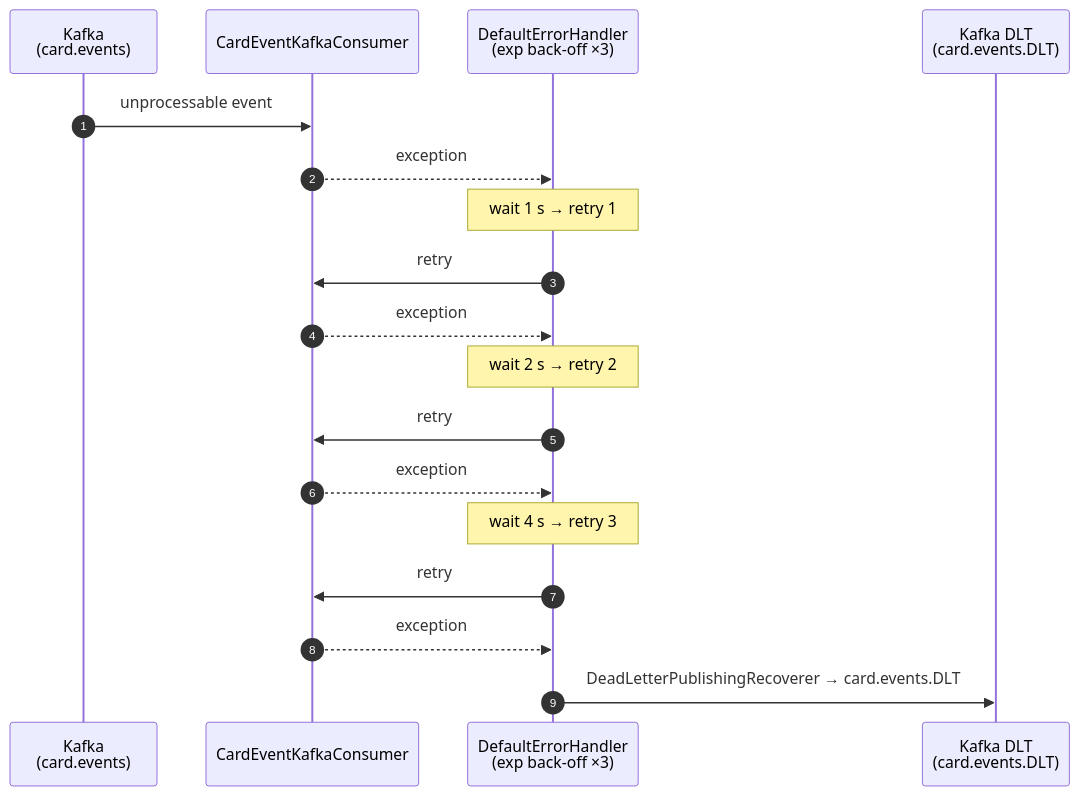
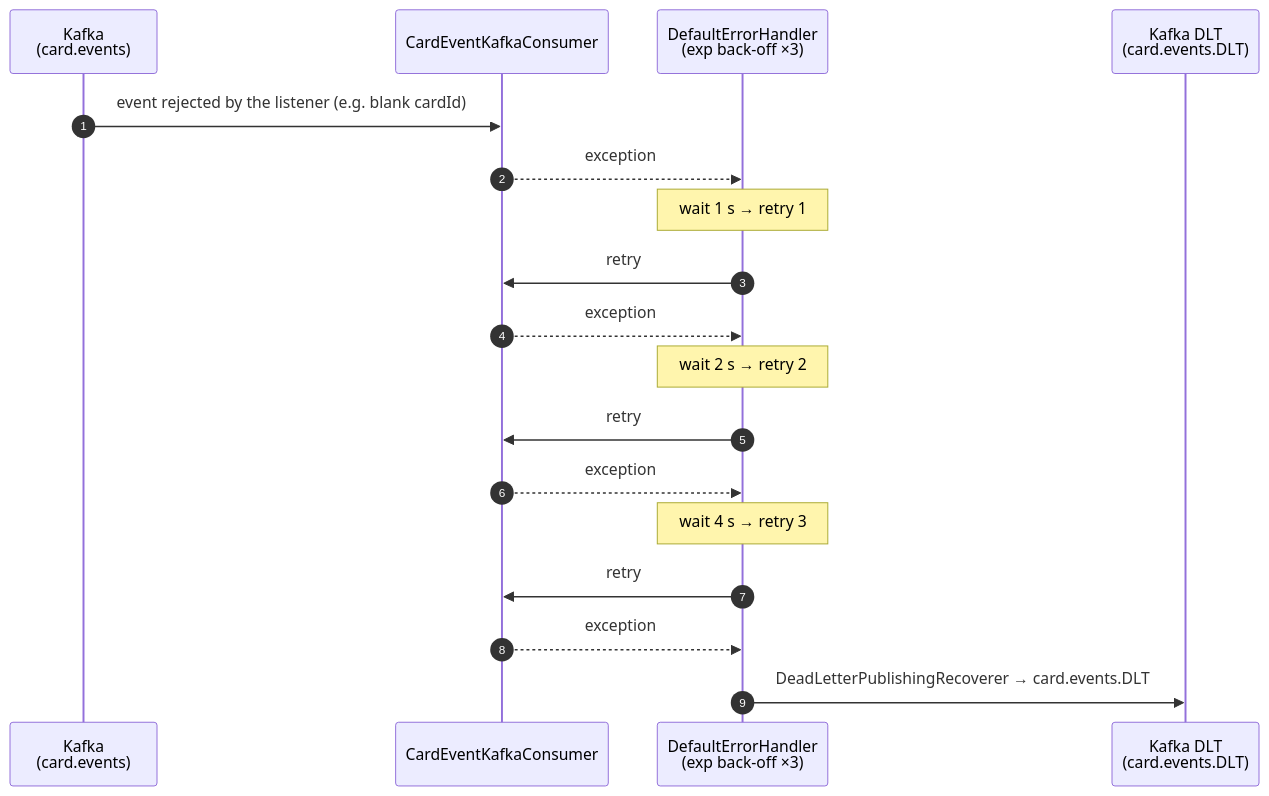
One commit to M-Touiti/card-subscription-service changed the third of 3 diagrams in README.md. Above: the diagram before and after it, drawn with Mermaid. The commit also changed other lines of this file, not shown here.

````diff
--- a/README.md
+++ b/README.md
@@ -160,21 +192,21 @@
 ```mermaid
 sequenceDiagram
     autonumber
     participant K as Kafka<br/>(card.events)
     participant CON as CardEventKafkaConsumer
     participant EH as DefaultErrorHandler<br/>(exp back-off ×3)
     participant DLT as Kafka DLT<br/>(card.events.DLT)
 
-    K->>CON: unprocessable event
+    K->>CON: event rejected by the listener (e.g. blank cardId)
     CON-->>EH: exception
     Note over EH: wait 1 s → retry 1
     EH->>CON: retry
     CON-->>EH: exception
     Note over EH: wait 2 s → retry 2
     EH->>CON: retry
     CON-->>EH: exception
     Note over EH: wait 4 s → retry 3
     EH->>CON: retry
     CON-->>EH: exception
     EH->>DLT: DeadLetterPublishingRecoverer → card.events.DLT
 ```
````
